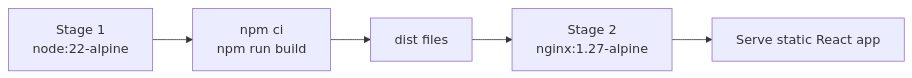
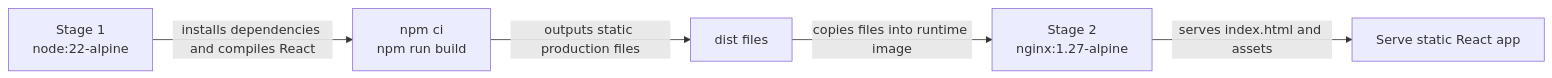
Diagram 15 of 15 in README.md (YonatanMoshes/Rental), drawn with Mermaid before and after one commit. The commit also changed other lines of this file, not shown here.

Commit message:
Clarify README diagrams and layer explanations

````diff
--- a/README.md
+++ b/README.md
@@ -1177,13 +941,13 @@
 ```mermaid
 flowchart LR
     Node["Stage 1<br/>node:22-alpine"]
     Build["npm ci<br/>npm run build"]
     Dist["dist files"]
     Nginx["Stage 2<br/>nginx:1.27-alpine"]
     Serve["Serve static React app"]
 
-    Node --> Build
-    Build --> Dist
-    Dist --> Nginx
-    Nginx --> Serve
+    Node -->|"installs dependencies and compiles React"| Build
+    Build -->|"outputs static production files"| Dist
+    Dist -->|"copies files into runtime image"| Nginx
+    Nginx -->|"serves index.html and assets"| Serve
 ```
````
